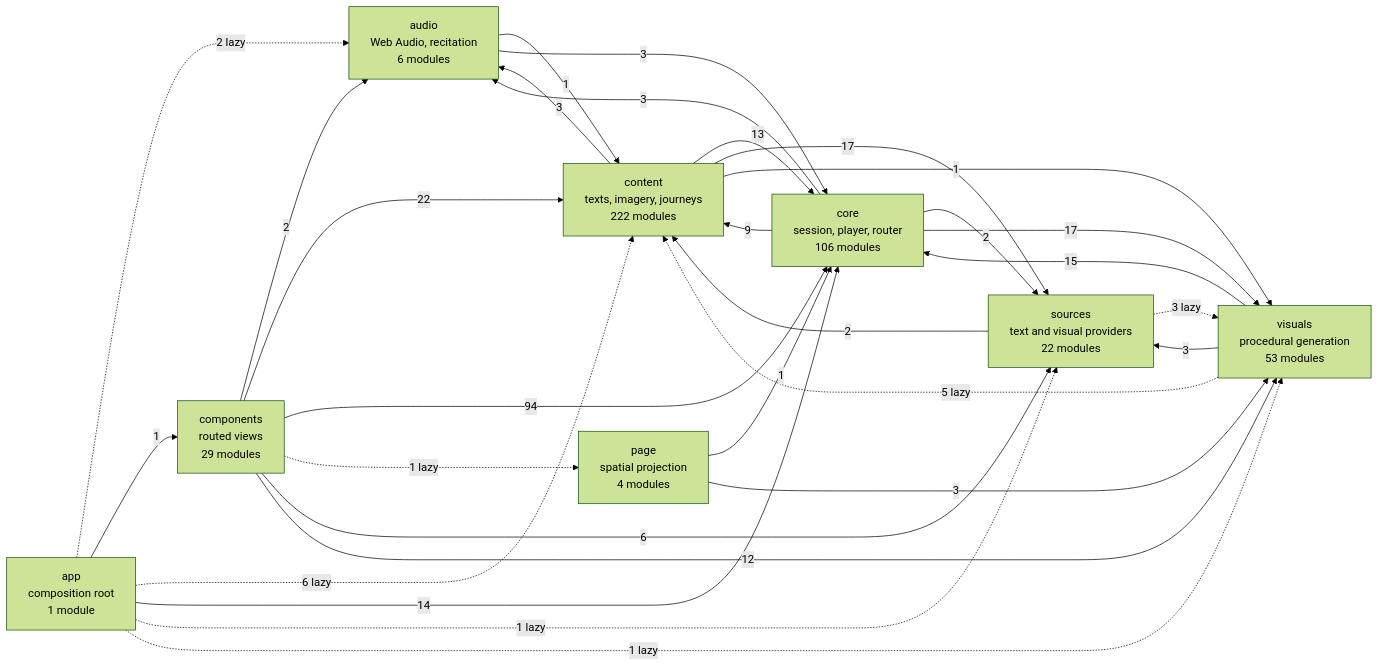
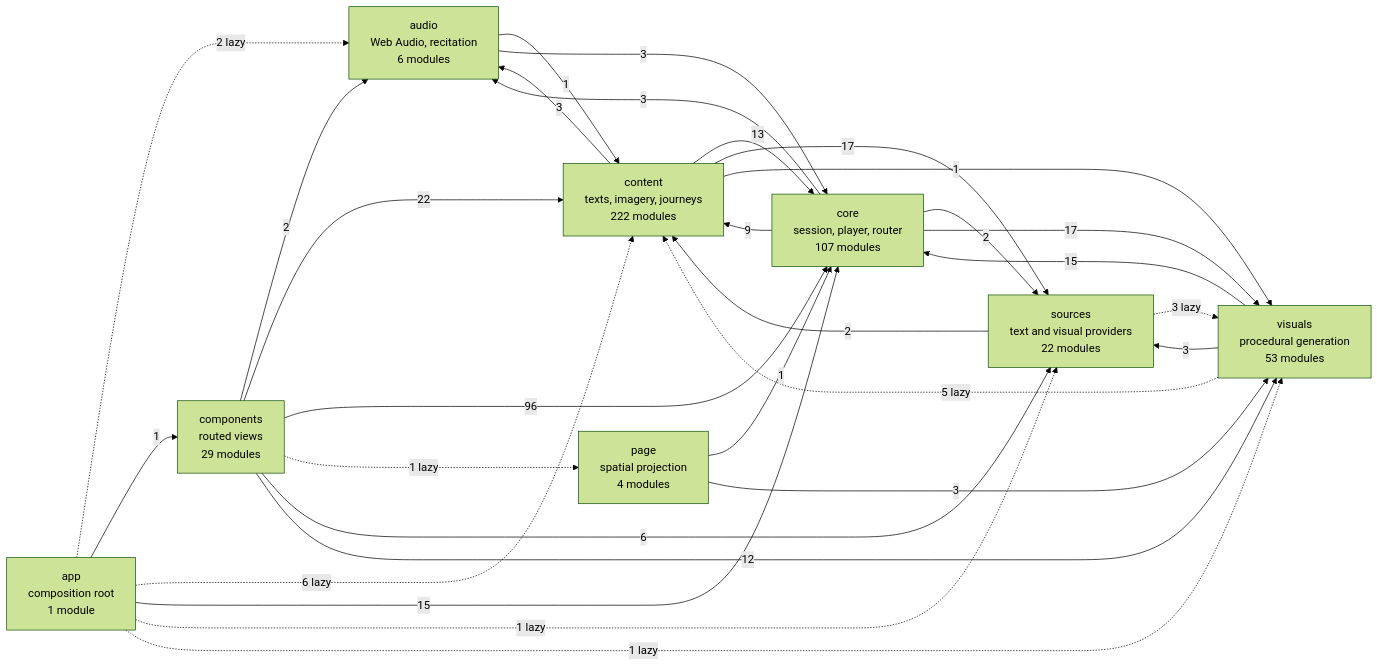
Before and after one commit to SyberLabs/RISE: the diagram in docs/specs/ARCHITECTURE.md, drawn with Mermaid (forest theme). The commit also changed 14 other files, not shown here.

````diff
--- a/docs/specs/ARCHITECTURE.md
+++ b/docs/specs/ARCHITECTURE.md
@@ -149,41 +149,41 @@
 ```mermaid
 flowchart LR
     app["app<br/>composition root<br/>1 module"]
     audio["audio<br/>Web Audio, recitation<br/>6 modules"]
     components["components<br/>routed views<br/>29 modules"]
     content["content<br/>texts, imagery, journeys<br/>222 modules"]
-    core["core<br/>session, player, router<br/>106 modules"]
+    core["core<br/>session, player, router<br/>107 modules"]
     page["page<br/>spatial projection<br/>4 modules"]
     sources["sources<br/>text and visual providers<br/>22 modules"]
     visuals["visuals<br/>procedural generation<br/>53 modules"]
 
     app -.-> |2 lazy| audio
     app --> |1| components
     app -.-> |6 lazy| content
-    app --> |14| core
+    app --> |15| core
     app -.-> |1 lazy| sources
     app -.-> |1 lazy| visuals
     audio --> |1| content
     audio --> |3| core
     components --> |2| audio
     components --> |22| content
-    components --> |94| core
+    components --> |96| core
     components -.-> |1 lazy| page
     components --> |6| sources
     components --> |12| visuals
     content --> |3| audio
     content --> |13| core
     content --> |17| sources
     content --> |1| visuals
     core --> |3| audio
     core --> |9| content
     core --> |2| sources
     core --> |17| visuals
     page --> |1| core
     page --> |3| visuals
     sources --> |2| content
     sources -.-> |3 lazy| visuals
     visuals -.-> |5 lazy| content
     visuals --> |15| core
     visuals --> |3| sources
 ```
````
